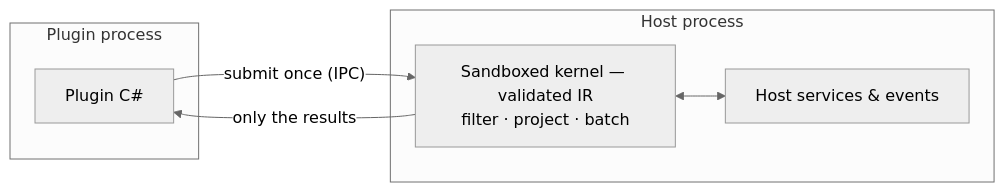
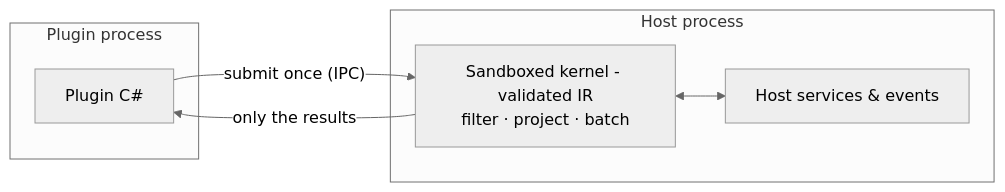
The fourth of 4 diagrams in docs-site/src/content/docs/why-dotboxd.md (JKamsker/DotBoxD), drawn with Mermaid (neutral theme) before and after one commit. The commit also changed other lines of this file and 89 other files, not shown here.

````diff
--- a/docs-site/src/content/docs/why-dotboxd.md
+++ b/docs-site/src/content/docs/why-dotboxd.md
@@ -80,13 +80,13 @@
 ```mermaid
 flowchart LR
     subgraph pluginproc2 ["Plugin process"]
         Plugin2["Plugin C#"]
     end
     subgraph hostproc2 ["Host process"]
-        Sandbox["Sandboxed kernel — validated IR<br/>filter · project · batch"]
+        Sandbox["Sandboxed kernel - validated IR<br/>filter · project · batch"]
         HostSvc["Host services & events"]
         Sandbox <--> HostSvc
     end
     Plugin2 -- "submit once (IPC)" --> Sandbox
     Sandbox -- "only the results" --> Plugin2
 ```
````
